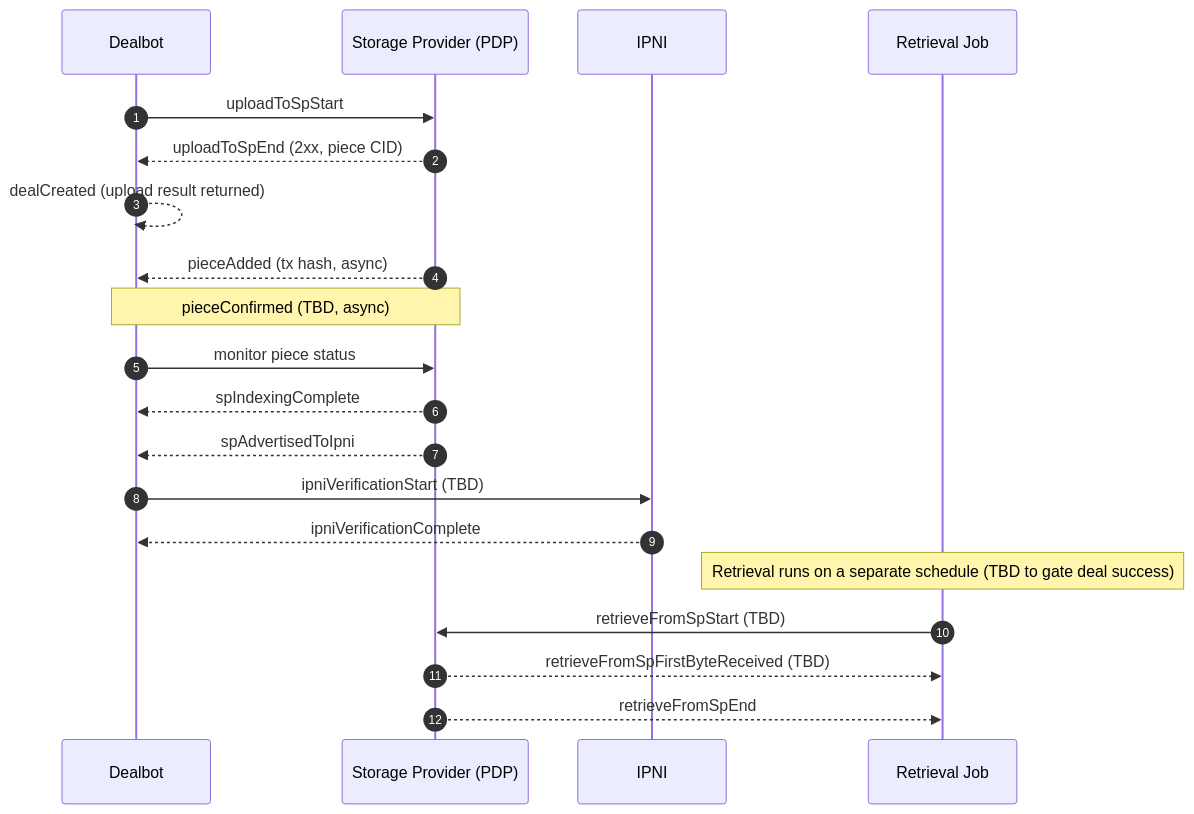
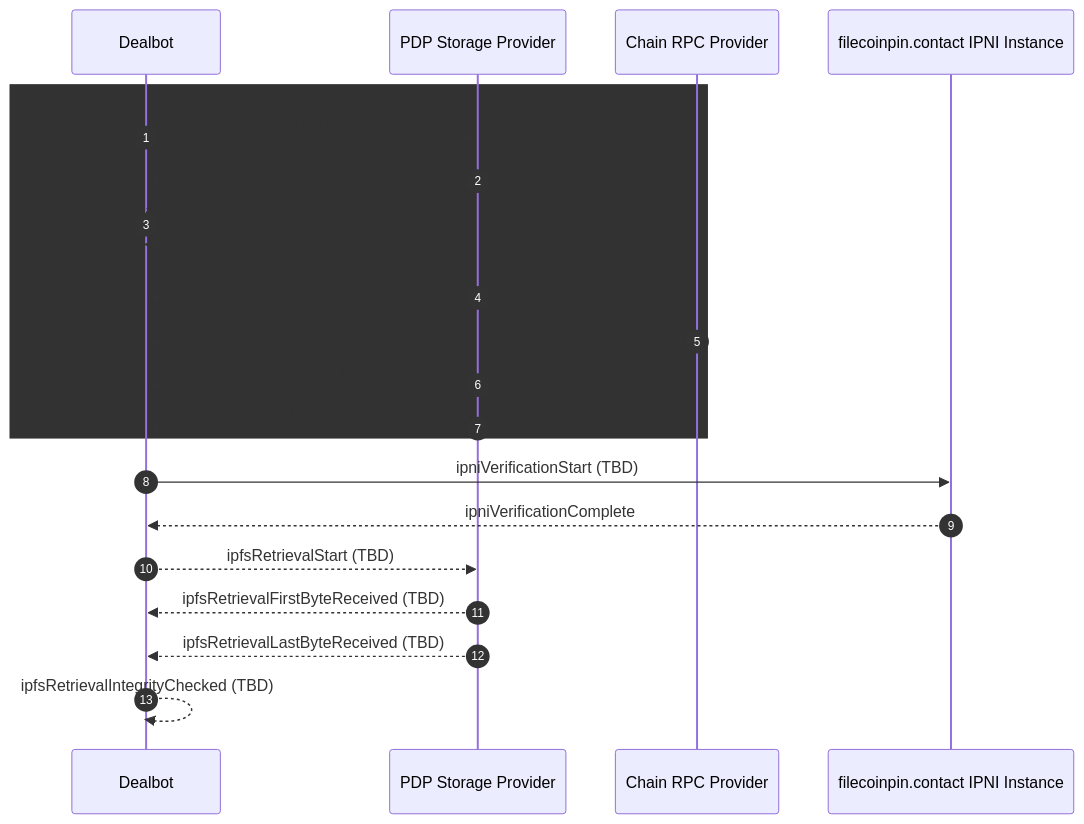
Before and after one commit to FilOzone/dealbot: the diagram in docs/checks/events-and-metrics.md, drawn with Mermaid. The commit also changed other lines of this file and 4 other files, not shown here.

````diff
--- a/docs/checks/events-and-metrics.md
+++ b/docs/checks/events-and-metrics.md
@@ -13,24 +13,26 @@
 ```mermaid
 sequenceDiagram
   autonumber
   participant Dealbot
-  participant SP as Storage Provider (PDP)
-  participant IPNI
-  participant Retrieval as Retrieval Job
+  participant SP as PDP Storage Provider
+  participant RPC as Chain RPC Provider
+  participant IPNI as filecoinpin.contact IPNI Instance
 
-  Dealbot->>SP: uploadToSpStart
-  SP-->>Dealbot: uploadToSpEnd (2xx, piece CID)
-  Dealbot-->>Dealbot: dealCreated (upload result returned)
-  SP-->>Dealbot: pieceAdded (tx hash, async)
-  Note over SP,Dealbot: pieceConfirmed (TBD, async)
-  Dealbot->>SP: monitor piece status
-  SP-->>Dealbot: spIndexingComplete
-  SP-->>Dealbot: spAdvertisedToIpni
+  rect rgb(50, 50, 50)
+    %% Data Storage Only
+    Dealbot->>SP: uploadToSpStart
+    SP-->>Dealbot: uploadToSpEnd (2xx, piece CID)
+    Dealbot-->>Dealbot: dealCreated (upload result returned)
+    SP-->>Dealbot: pieceAdded (tx hash, async)
+    RPC-->>Dealbot: pieceConfirmed (TBD, async)
+    SP-->>Dealbot: spIndexingComplete
+    SP-->>Dealbot: spAnnouncedAdvertisementToIpni
+  end
+    
   Dealbot->>IPNI: ipniVerificationStart (TBD)
   IPNI-->>Dealbot: ipniVerificationComplete
-
-  Note over Retrieval: Retrieval runs on a separate schedule (TBD to gate deal success)
-  Retrieval->>SP: retrieveFromSpStart (TBD)
-  SP-->>Retrieval: retrieveFromSpFirstByteReceived (TBD)
-  SP-->>Retrieval: retrieveFromSpEnd
+  Dealbot-->>SP: ipfsRetrievalStart (TBD)
+  SP-->>Dealbot: ipfsRetrievalFirstByteReceived (TBD)
+  SP-->>Dealbot: ipfsRetrievalLastByteReceived (TBD)
+  Dealbot-->>Dealbot: ipfsRetrievalIntegrityChecked (TBD)
 ```
````
